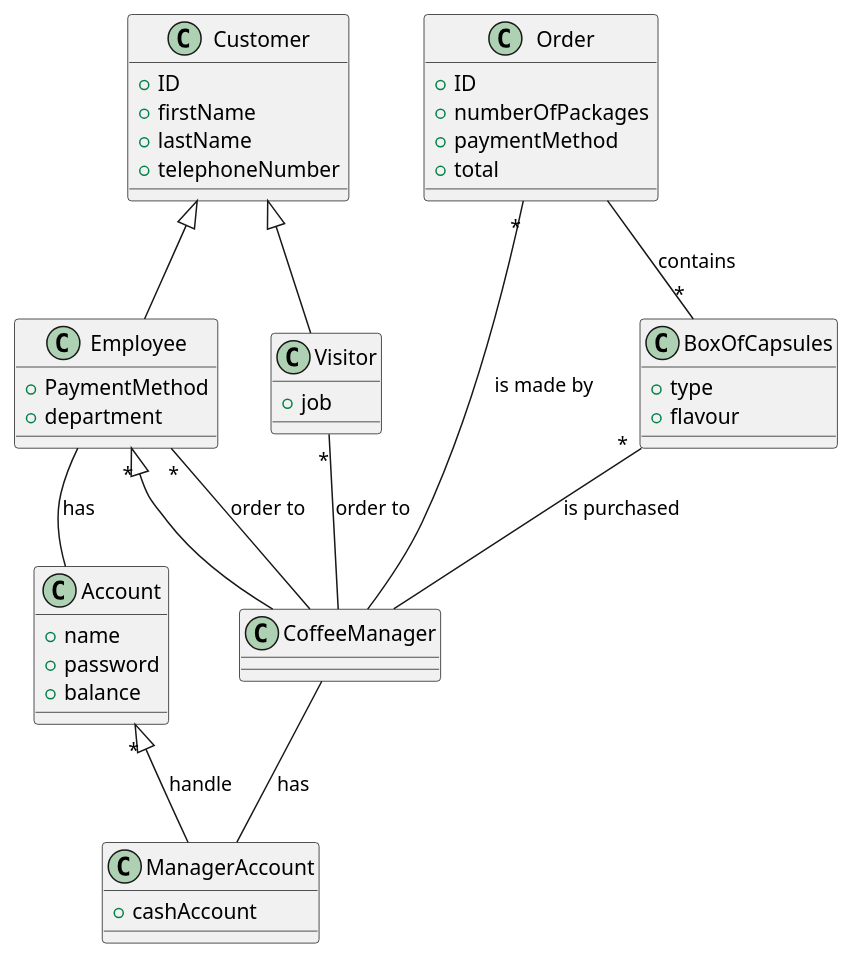
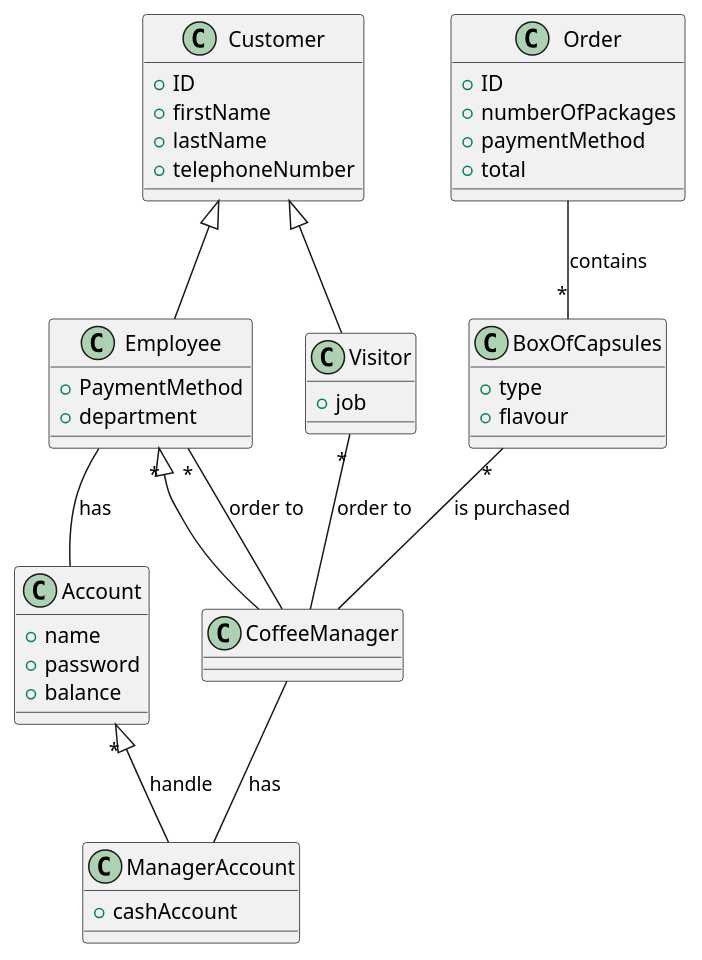
One commit to salvatore-dimartino/LaTazza changed the third of 4 diagrams in templates/RequirementsTemplate.md. Above: the diagram before and after it, drawn with PlantUML.

````diff
--- a/templates/RequirementsTemplate.md
+++ b/templates/RequirementsTemplate.md
@@ -493,63 +493,62 @@
 ```plantuml
 @startuml
 
 class Customer {
     +ID
 	+firstName
 	+lastName
 	+telephoneNumber
 }
 
 class Employee {
     
     +PaymentMethod
     +department
 }
 
 class Visitor {
 
     +job
 }
 
 class CoffeeManager {
 
 }
 
 class BoxOfCapsules {
 
 	+type
 	+flavour
 }
 
 class Account {
 
 	+name
 	+password
 	+balance
 }
 
 class Order {
 
 	+ID
 	+numberOfPackages
 	+paymentMethod
 	+total
 }
 
 class ManagerAccount {
     +cashAccount
 }
 
 Customer <|-- Employee
 Customer <|-- Visitor
 Account "*" <|-- ManagerAccount :handle
 Employee "*" <|-- CoffeeManager
 Employee "*"-- CoffeeManager : order to
 BoxOfCapsules "*" -- CoffeeManager : is purchased
 Visitor "*" -- CoffeeManager : order to
-Order "*" -- CoffeeManager : is made by
 Order -- "*" BoxOfCapsules : contains
 Employee -- Account : has
 CoffeeManager -- ManagerAccount :has
 @enduml
 ```
````
